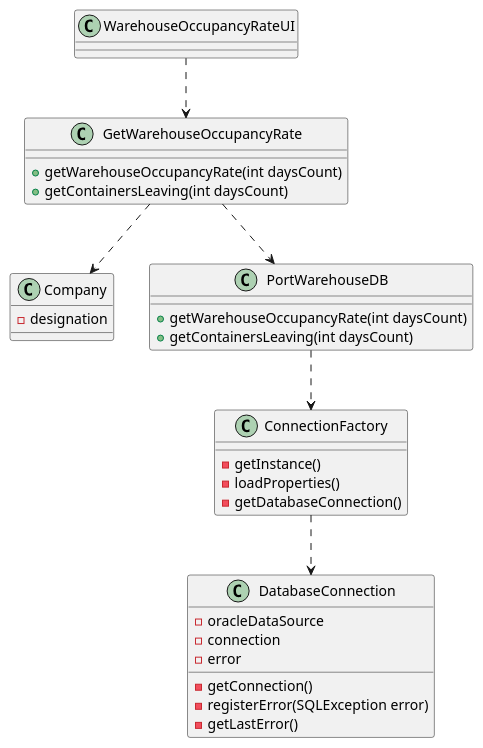
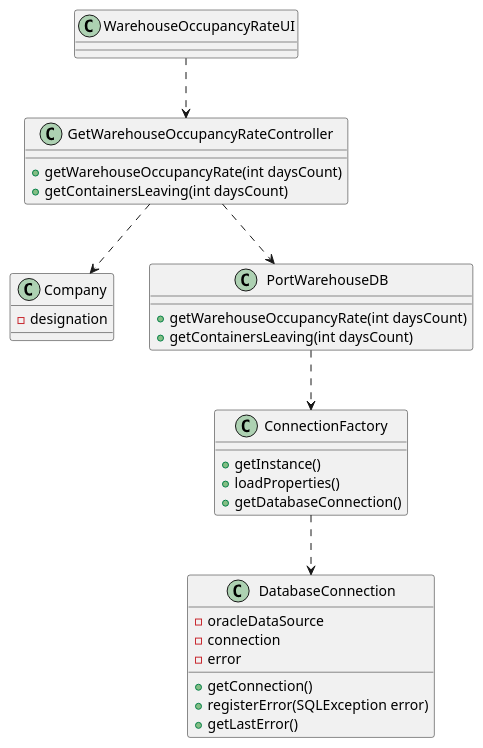
Before and after one commit to mpoboas/lapr3-2021-g102: the diagram in docs/Sprint3/US306/US306_CD.puml, drawn with PlantUML. The commit also changed 3 other files, not shown here.

```diff
--- a/docs/Sprint3/US306/US306_CD.puml
+++ b/docs/Sprint3/US306/US306_CD.puml
@@ -1,42 +1,42 @@
 @startuml
 'https://plantuml.com/class-diagram
 
 class Company {
 -designation
 }
 
 class WarehouseOccupancyRateUI {
 }
 
-class GetWarehouseOccupancyRate {
+class GetWarehouseOccupancyRateController {
 +getWarehouseOccupancyRate(int daysCount)
 +getContainersLeaving(int daysCount)
 }
 
 class PortWarehouseDB {
 +getWarehouseOccupancyRate(int daysCount)
 +getContainersLeaving(int daysCount)
 }
 
 class ConnectionFactory{
--getInstance()
--loadProperties()
--getDatabaseConnection()
++getInstance()
++loadProperties()
++getDatabaseConnection()
 }
 
 class DatabaseConnection{
 -oracleDataSource
 -connection
 -error
--getConnection()
--registerError(SQLException error)
--getLastError()
++getConnection()
++registerError(SQLException error)
++getLastError()
 }
 
-WarehouseOccupancyRateUI ..> GetWarehouseOccupancyRate
-GetWarehouseOccupancyRate ..> PortWarehouseDB
-GetWarehouseOccupancyRate ..> Company
+WarehouseOccupancyRateUI ..> GetWarehouseOccupancyRateController
+GetWarehouseOccupancyRateController ..> PortWarehouseDB
+GetWarehouseOccupancyRateController ..> Company
 PortWarehouseDB ..> ConnectionFactory
 ConnectionFactory ..> DatabaseConnection
 
 @enduml
```
